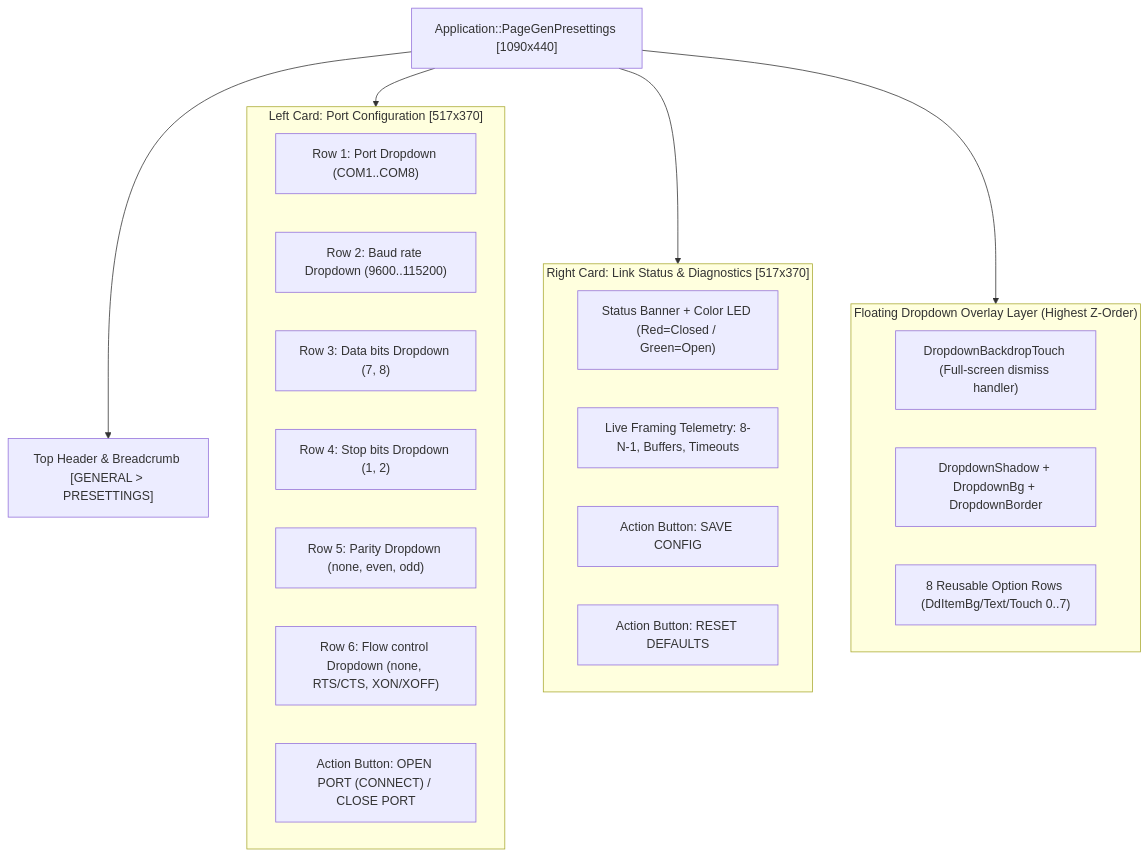
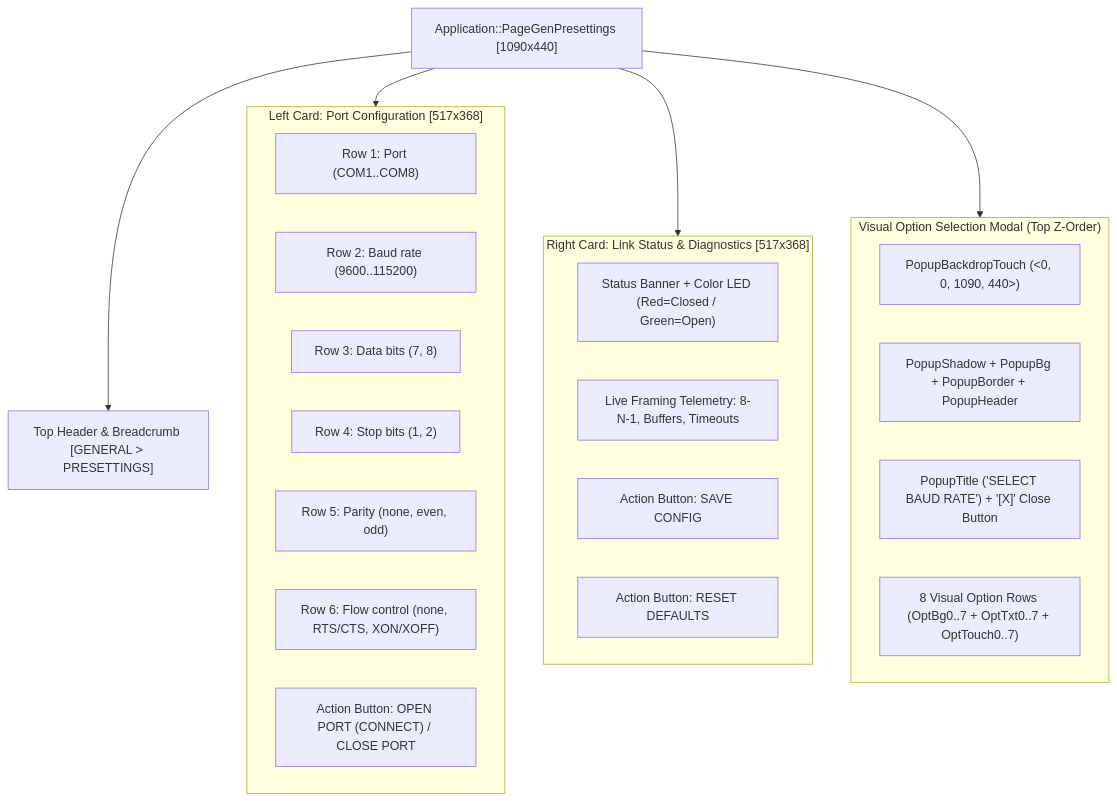
Before and after one commit to VijayGawade/EmbeddedWizard-Tutorials: the diagram in Tutorials/PRESETTINGS_SCREEN_DESIGN_GUIDE.md, drawn with Mermaid. The commit also changed other lines of this file, not shown here.

````diff
--- a/Tutorials/PRESETTINGS_SCREEN_DESIGN_GUIDE.md
+++ b/Tutorials/PRESETTINGS_SCREEN_DESIGN_GUIDE.md
@@ -28,33 +34,34 @@
 ```mermaid
 flowchart TD
     Page["Application::PageGenPresettings [1090x440]"]
     TitleBar["Top Header & Breadcrumb [GENERAL > PRESETTINGS]"]
     
-    subgraph LeftCard["Left Card: Port Configuration [517x370]"]
-        R1["Row 1: Port Dropdown (COM1..COM8)"]
-        R2["Row 2: Baud rate Dropdown (9600..115200)"]
-        R3["Row 3: Data bits Dropdown (7, 8)"]
-        R4["Row 4: Stop bits Dropdown (1, 2)"]
-        R5["Row 5: Parity Dropdown (none, even, odd)"]
-        R6["Row 6: Flow control Dropdown (none, RTS/CTS, XON/XOFF)"]
+    subgraph LeftCard["Left Card: Port Configuration [517x368]"]
+        R1["Row 1: Port (COM1..COM8)"]
+        R2["Row 2: Baud rate (9600..115200)"]
+        R3["Row 3: Data bits (7, 8)"]
+        R4["Row 4: Stop bits (1, 2)"]
+        R5["Row 5: Parity (none, even, odd)"]
+        R6["Row 6: Flow control (none, RTS/CTS, XON/XOFF)"]
         BtnConnect["Action Button: OPEN PORT (CONNECT) / CLOSE PORT"]
     end
 
-    subgraph RightCard["Right Card: Link Status & Diagnostics [517x370]"]
+    subgraph RightCard["Right Card: Link Status & Diagnostics [517x368]"]
         LED["Status Banner + Color LED (Red=Closed / Green=Open)"]
         Telemetry["Live Framing Telemetry: 8-N-1, Buffers, Timeouts"]
         BtnSave["Action Button: SAVE CONFIG"]
         BtnReset["Action Button: RESET DEFAULTS"]
     end
 
-    subgraph FloatingLayer["Floating Dropdown Overlay Layer (Highest Z-Order)"]
-        Backdrop["DropdownBackdropTouch (Full-screen dismiss handler)"]
-        PopupBox["DropdownShadow + DropdownBg + DropdownBorder"]
-        Items["8 Reusable Option Rows (DdItemBg/Text/Touch 0..7)"]
+    subgraph PopupModal["Visual Option Selection Modal (Top Z-Order)"]
+        Backdrop["PopupBackdropTouch (<0, 0, 1090, 440>)"]
+        Card["PopupShadow + PopupBg + PopupBorder + PopupHeader"]
+        TitleClose["PopupTitle ('SELECT BAUD RATE') + '[X]' Close Button"]
+        OptRows["8 Visual Option Rows (OptBg0..7 + OptTxt0..7 + OptTouch0..7)"]
     end
 
     Page --> TitleBar
     Page --> LeftCard
     Page --> RightCard
-    Page --> FloatingLayer
+    Page --> PopupModal
 ```
````
